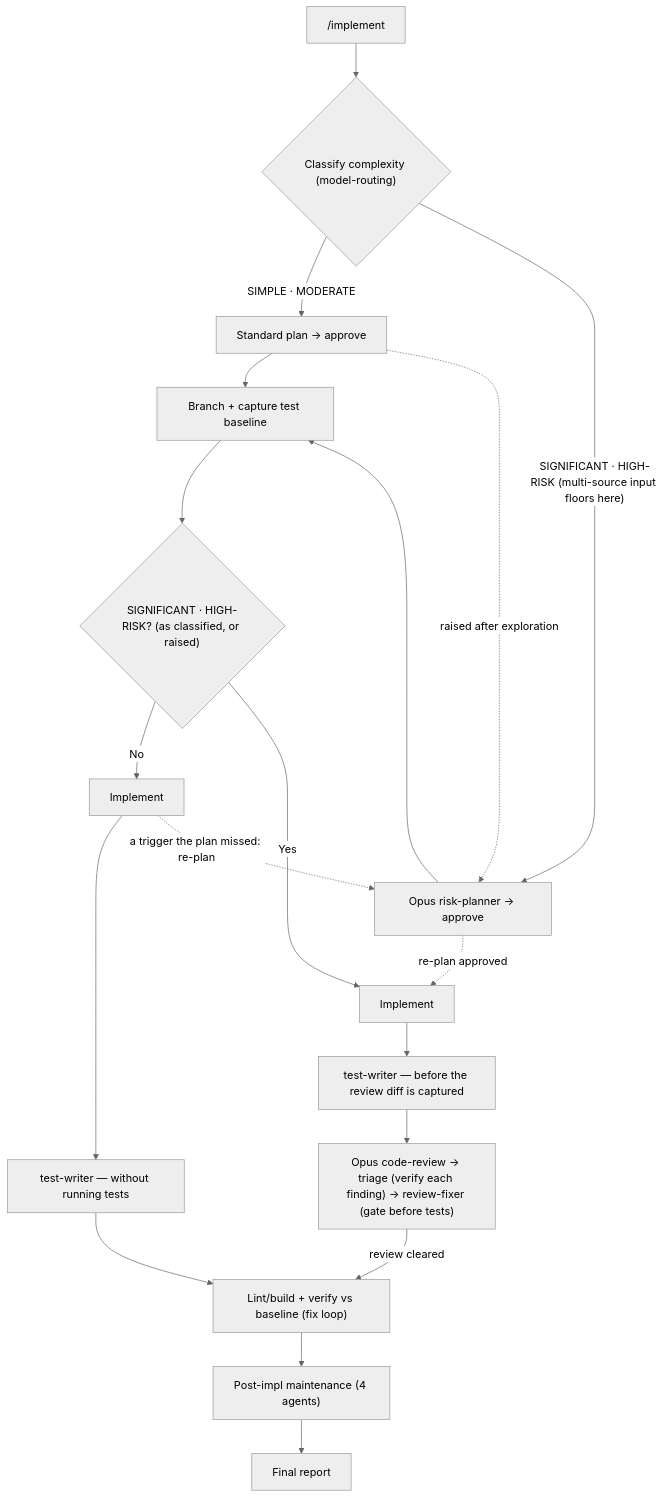
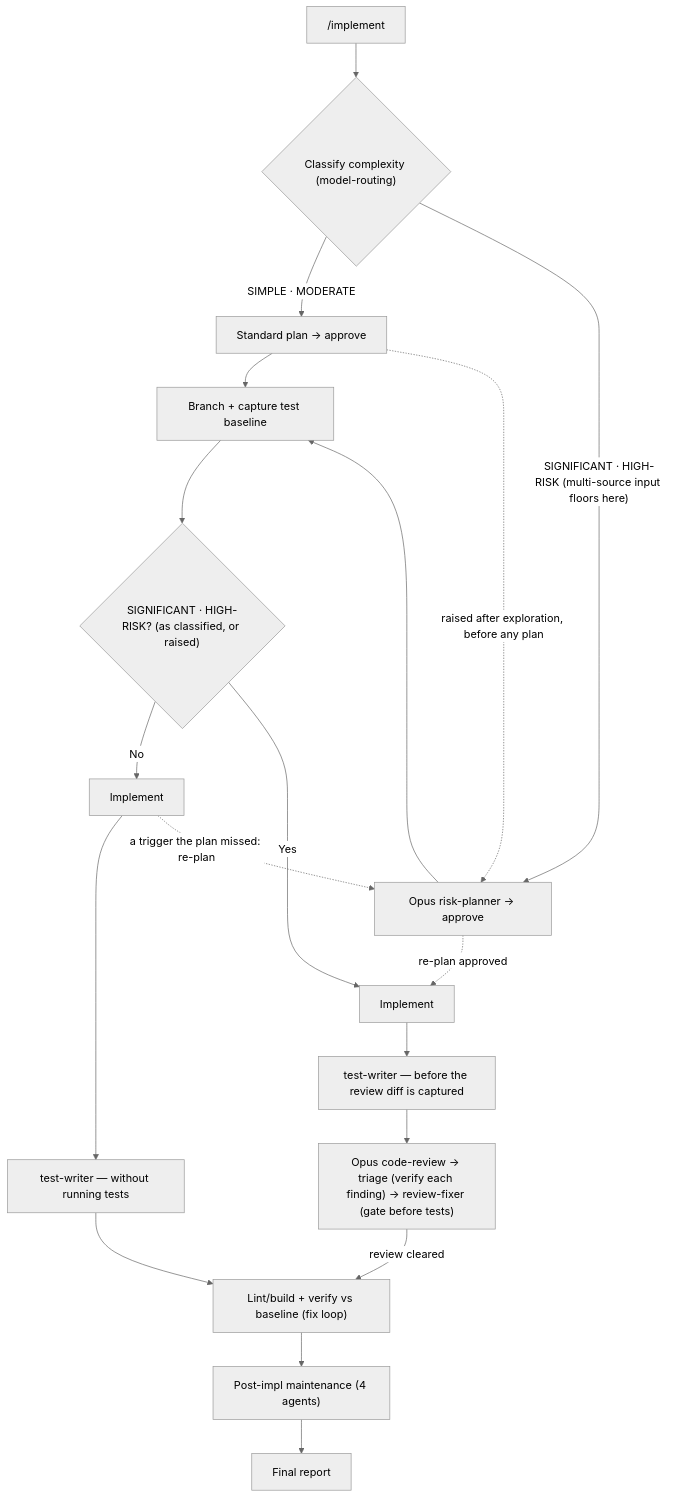
Before and after one commit to ihudak/ai-workflows: the diagram in plugins/dev-workflows/docs/commands/implement.md, drawn with Mermaid (neutral theme). The commit also changed other lines of this file and 8 other files, not shown here.

First line of the commit message:
fix: review round 1 — every change of class recorded; a defined question for a trigger after the re-plan; Settled in Phase 1; both plans in plan_file; the template ladder filtered and headless templates; the body's copies swept

````diff
--- a/plugins/dev-workflows/docs/commands/implement.md
+++ b/plugins/dev-workflows/docs/commands/implement.md
@@ -25,16 +25,16 @@
 ```mermaid
 flowchart TD
     IN["/implement"] --> C{"Classify complexity (model-routing)"}
     C -->|SIMPLE · MODERATE| P1["Standard plan → approve"]
     C -->|"SIGNIFICANT · HIGH-RISK (multi-source input floors here)"| P2["Opus risk-planner → approve"]
     P1 --> BR["Branch + capture test baseline"]
     P2 --> BR
     BR --> G{"SIGNIFICANT · HIGH-RISK? (as classified, or raised)"}
     G -->|No| IMA["Implement"] --> TWA["test-writer — without running tests"] --> TS["Lint/build + verify vs baseline (fix loop)"]
     G -->|Yes| IMB["Implement"] --> TWB["test-writer — before the review diff is captured"] --> RV["Opus code-review → triage (verify each finding) → review-fixer (gate before tests)"]
     RV -->|review cleared| TS
     TS --> MT["Post-impl maintenance (4 agents)"] --> RP["Final report"]
-    P1 -.->|"raised after exploration"| P2
+    P1 -.->|"raised after exploration, before any plan"| P2
     IMA -.->|"a trigger the plan missed: re-plan"| P2
     P2 -.->|"re-plan approved"| IMB
 ```
````
